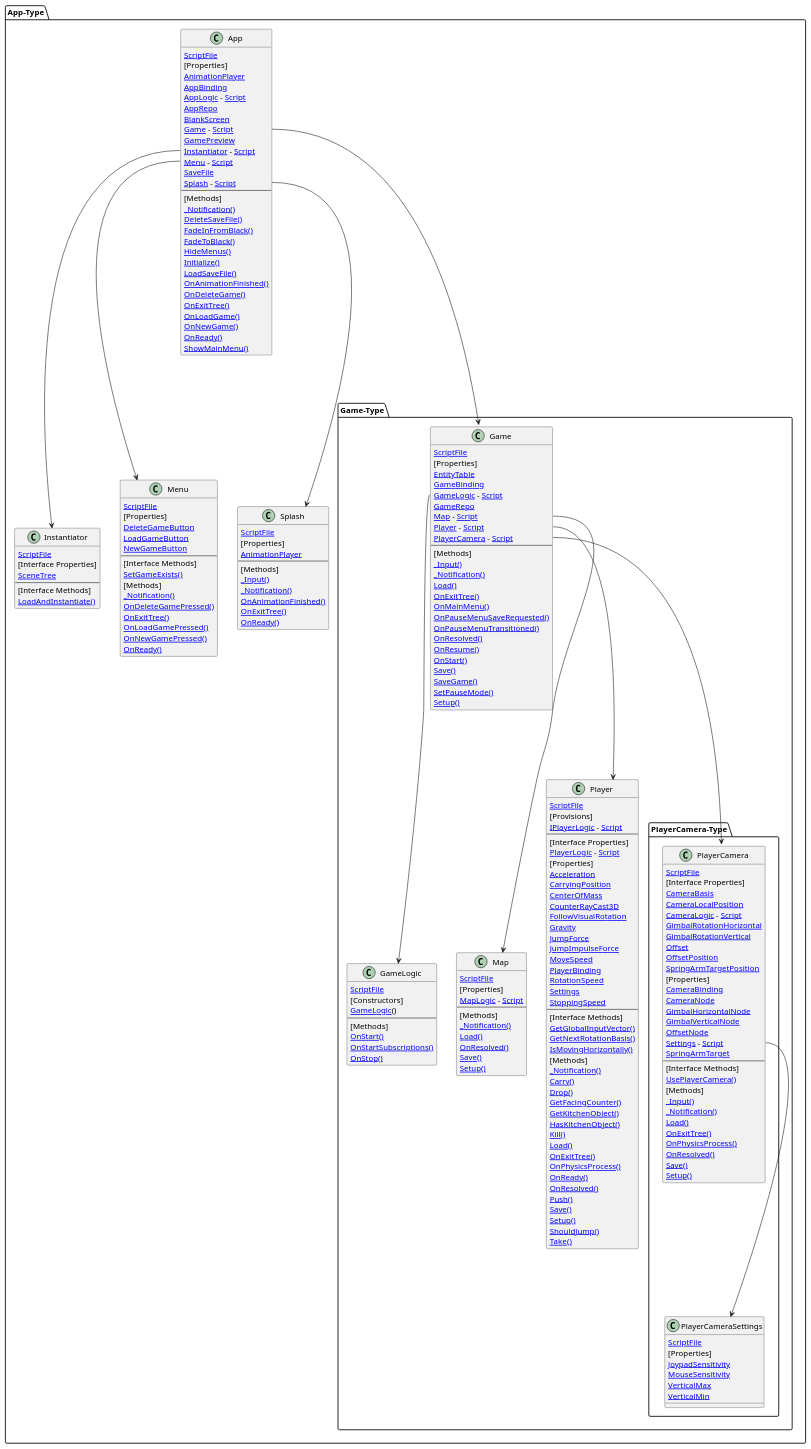
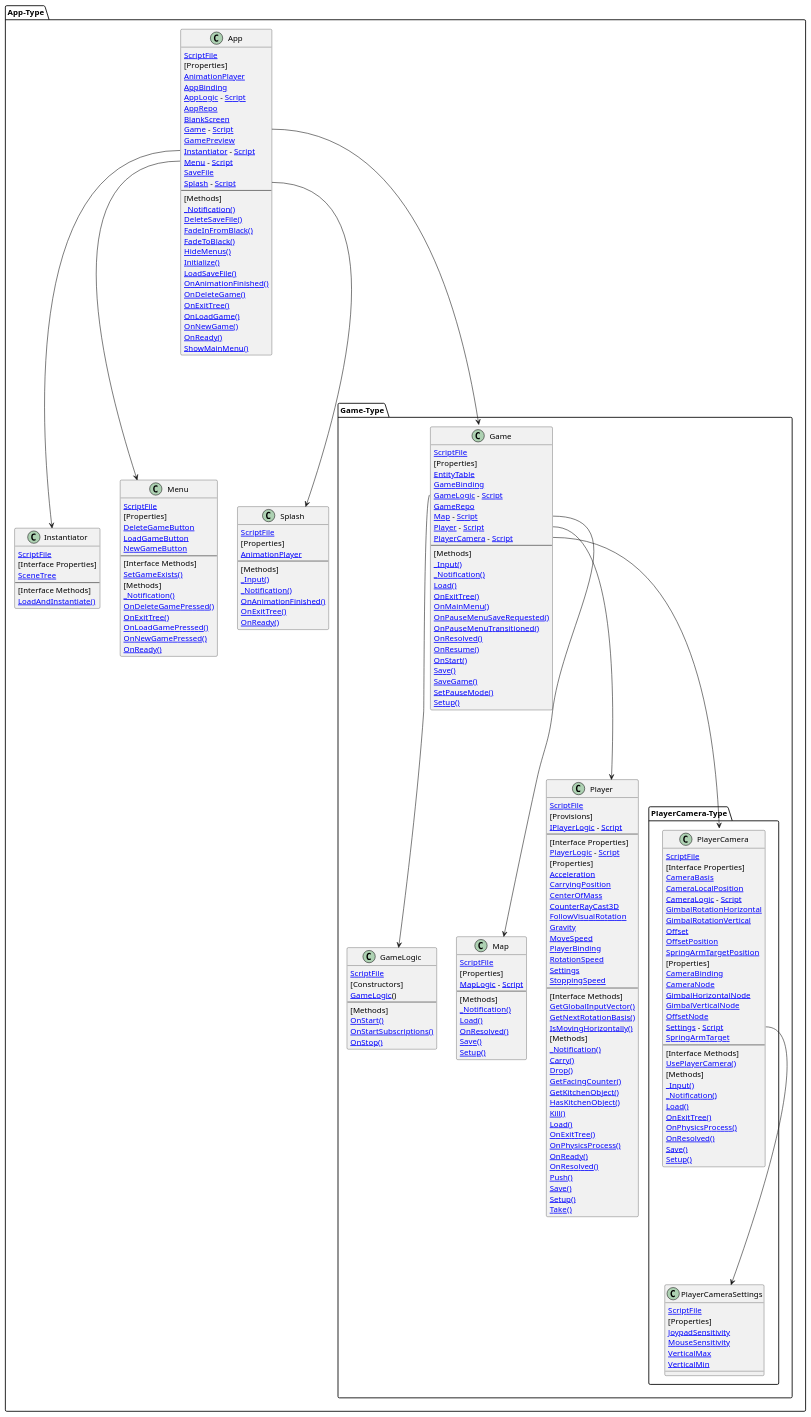
One commit to MaymeJetsoft/KitchenChaos changed the diagram in src/app/App.g.puml. Above: the diagram before and after it, drawn with PlantUML. The commit also changed 5 other files, not shown here.

```diff
--- a/src/app/App.g.puml
+++ b/src/app/App.g.puml
@@ -85,47 +85,44 @@
         class Player  {
             [[vscode://file/C:/Users/maxim/Documents/Godot/KitchenChaos/src/player/Player.cs ScriptFile]]
             [Provisions]
-            [[vscode://file/C:/Users/maxim/Documents/Godot/KitchenChaos/src/player/Player.cs:109 IPlayerLogic]] - [[vscode://file/C:/Users/maxim/Documents/Godot/KitchenChaos/src/player/PlayerLogic.Settings.cs Script]]
+            [[vscode://file/C:/Users/maxim/Documents/Godot/KitchenChaos/src/player/Player.cs:105 IPlayerLogic]] - [[vscode://file/C:/Users/maxim/Documents/Godot/KitchenChaos/src/player/PlayerLogic.Settings.cs Script]]
             --
             [Interface Properties]
-            [[vscode://file/C:/Users/maxim/Documents/Godot/KitchenChaos/src/player/Player.cs:160 PlayerLogic]] - [[vscode://file/C:/Users/maxim/Documents/Godot/KitchenChaos/src/player/PlayerLogic.Settings.cs Script]]
+            [[vscode://file/C:/Users/maxim/Documents/Godot/KitchenChaos/src/player/Player.cs:145 PlayerLogic]] - [[vscode://file/C:/Users/maxim/Documents/Godot/KitchenChaos/src/player/PlayerLogic.Settings.cs Script]]
             [Properties]
-            [[vscode://file/C:/Users/maxim/Documents/Godot/KitchenChaos/src/player/Player.cs:142 Acceleration]]
+            [[vscode://file/C:/Users/maxim/Documents/Godot/KitchenChaos/src/player/Player.cs:138 Acceleration]]
             [[vscode://file/C:/Users/maxim/Documents/Godot/KitchenChaos/src/player/Player.cs:66 CarryingPosition]]
-            [[vscode://file/C:/Users/maxim/Documents/Godot/KitchenChaos/src/player/Player.cs:336 CenterOfMass]]
+            [[vscode://file/C:/Users/maxim/Documents/Godot/KitchenChaos/src/player/Player.cs:316 CenterOfMass]]
             [[vscode://file/C:/Users/maxim/Documents/Godot/KitchenChaos/src/player/Player.cs:57 CounterRayCast3D]]
             [[vscode://file/C:/Users/maxim/Documents/Godot/KitchenChaos/src/player/Player.cs:54 FollowVisualRotation]]
-            [[vscode://file/C:/Users/maxim/Documents/Godot/KitchenChaos/src/player/Player.cs:134 Gravity]]
-            [[vscode://file/C:/Users/maxim/Documents/Godot/KitchenChaos/src/player/Player.cs:153 JumpForce]]
-            [[vscode://file/C:/Users/maxim/Documents/Godot/KitchenChaos/src/player/Player.cs:146 JumpImpulseForce]]
-            [[vscode://file/C:/Users/maxim/Documents/Godot/KitchenChaos/src/player/Player.cs:138 MoveSpeed]]
-            [[vscode://file/C:/Users/maxim/Documents/Godot/KitchenChaos/src/player/Player.cs:163 PlayerBinding]]
-            [[vscode://file/C:/Users/maxim/Documents/Godot/KitchenChaos/src/player/Player.cs:126 RotationSpeed]]
-            [[vscode://file/C:/Users/maxim/Documents/Godot/KitchenChaos/src/player/Player.cs:161 Settings]]
-            [[vscode://file/C:/Users/maxim/Documents/Godot/KitchenChaos/src/player/Player.cs:130 StoppingSpeed]]
+            [[vscode://file/C:/Users/maxim/Documents/Godot/KitchenChaos/src/player/Player.cs:130 Gravity]]
+            [[vscode://file/C:/Users/maxim/Documents/Godot/KitchenChaos/src/player/Player.cs:134 MoveSpeed]]
+            [[vscode://file/C:/Users/maxim/Documents/Godot/KitchenChaos/src/player/Player.cs:148 PlayerBinding]]
+            [[vscode://file/C:/Users/maxim/Documents/Godot/KitchenChaos/src/player/Player.cs:122 RotationSpeed]]
+            [[vscode://file/C:/Users/maxim/Documents/Godot/KitchenChaos/src/player/Player.cs:146 Settings]]
+            [[vscode://file/C:/Users/maxim/Documents/Godot/KitchenChaos/src/player/Player.cs:126 StoppingSpeed]]
             --
             [Interface Methods]
-            [[vscode://file/C:/Users/maxim/Documents/Godot/KitchenChaos/src/player/Player.cs:284 GetGlobalInputVector()]]
-            [[vscode://file/C:/Users/maxim/Documents/Godot/KitchenChaos/src/player/Player.cs:300 GetNextRotationBasis()]]
-            [[vscode://file/C:/Users/maxim/Documents/Godot/KitchenChaos/src/player/Player.cs:321 IsMovingHorizontally()]]
+            [[vscode://file/C:/Users/maxim/Documents/Godot/KitchenChaos/src/player/Player.cs:264 GetGlobalInputVector()]]
+            [[vscode://file/C:/Users/maxim/Documents/Godot/KitchenChaos/src/player/Player.cs:280 GetNextRotationBasis()]]
+            [[vscode://file/C:/Users/maxim/Documents/Godot/KitchenChaos/src/player/Player.cs:301 IsMovingHorizontally()]]
             [Methods]
             [[vscode://file/C:/Users/maxim/Documents/Godot/KitchenChaos/src/player/Player.cs:50 _Notification()]]
             [[vscode://file/C:/Users/maxim/Documents/Godot/KitchenChaos/src/player/Player.cs:73 Carry()]]
-            [[vscode://file/C:/Users/maxim/Documents/Godot/KitchenChaos/src/player/Player.cs:79 Drop()]]
-            [[vscode://file/C:/Users/maxim/Documents/Godot/KitchenChaos/src/player/Player.cs:258 GetFacingCounter()]]
-            [[vscode://file/C:/Users/maxim/Documents/Godot/KitchenChaos/src/player/Player.cs:81 GetKitchenObject()]]
-            [[vscode://file/C:/Users/maxim/Documents/Godot/KitchenChaos/src/player/Player.cs:80 HasKitchenObject()]]
-            [[vscode://file/C:/Users/maxim/Documents/Godot/KitchenChaos/src/player/Player.cs:342 Kill()]]
-            [[vscode://file/C:/Users/maxim/Documents/Godot/KitchenChaos/src/player/Player.cs:97 Load()]]
-            [[vscode://file/C:/Users/maxim/Documents/Godot/KitchenChaos/src/player/Player.cs:192 OnExitTree()]]
-            [[vscode://file/C:/Users/maxim/Documents/Godot/KitchenChaos/src/player/Player.cs:233 OnPhysicsProcess()]]
-            [[vscode://file/C:/Users/maxim/Documents/Godot/KitchenChaos/src/player/Player.cs:190 OnReady()]]
-            [[vscode://file/C:/Users/maxim/Documents/Godot/KitchenChaos/src/player/Player.cs:199 OnResolved()]]
-            [[vscode://file/C:/Users/maxim/Documents/Godot/KitchenChaos/src/player/Player.cs:329 Push()]]
-            [[vscode://file/C:/Users/maxim/Documents/Godot/KitchenChaos/src/player/Player.cs:90 Save()]]
-            [[vscode://file/C:/Users/maxim/Documents/Godot/KitchenChaos/src/player/Player.cs:167 Setup()]]
-            [[vscode://file/C:/Users/maxim/Documents/Godot/KitchenChaos/src/player/Player.cs:279 ShouldJump()]]
-            [[vscode://file/C:/Users/maxim/Documents/Godot/KitchenChaos/src/player/Player.cs:78 Take()]]
+            [[vscode://file/C:/Users/maxim/Documents/Godot/KitchenChaos/src/player/Player.cs:75 Drop()]]
+            [[vscode://file/C:/Users/maxim/Documents/Godot/KitchenChaos/src/player/Player.cs:241 GetFacingCounter()]]
+            [[vscode://file/C:/Users/maxim/Documents/Godot/KitchenChaos/src/player/Player.cs:77 GetKitchenObject()]]
+            [[vscode://file/C:/Users/maxim/Documents/Godot/KitchenChaos/src/player/Player.cs:76 HasKitchenObject()]]
+            [[vscode://file/C:/Users/maxim/Documents/Godot/KitchenChaos/src/player/Player.cs:322 Kill()]]
+            [[vscode://file/C:/Users/maxim/Documents/Godot/KitchenChaos/src/player/Player.cs:93 Load()]]
+            [[vscode://file/C:/Users/maxim/Documents/Godot/KitchenChaos/src/player/Player.cs:175 OnExitTree()]]
+            [[vscode://file/C:/Users/maxim/Documents/Godot/KitchenChaos/src/player/Player.cs:216 OnPhysicsProcess()]]
+            [[vscode://file/C:/Users/maxim/Documents/Godot/KitchenChaos/src/player/Player.cs:173 OnReady()]]
+            [[vscode://file/C:/Users/maxim/Documents/Godot/KitchenChaos/src/player/Player.cs:182 OnResolved()]]
+            [[vscode://file/C:/Users/maxim/Documents/Godot/KitchenChaos/src/player/Player.cs:309 Push()]]
+            [[vscode://file/C:/Users/maxim/Documents/Godot/KitchenChaos/src/player/Player.cs:86 Save()]]
+            [[vscode://file/C:/Users/maxim/Documents/Godot/KitchenChaos/src/player/Player.cs:152 Setup()]]
+            [[vscode://file/C:/Users/maxim/Documents/Godot/KitchenChaos/src/player/Player.cs:74 Take()]]
         }
         package PlayerCamera-Type [[vscode://file/C:/Users/maxim/Documents/Godot/KitchenChaos/src/player_camera/PlayerCamera.cs]] {
             class PlayerCamera  {
```
